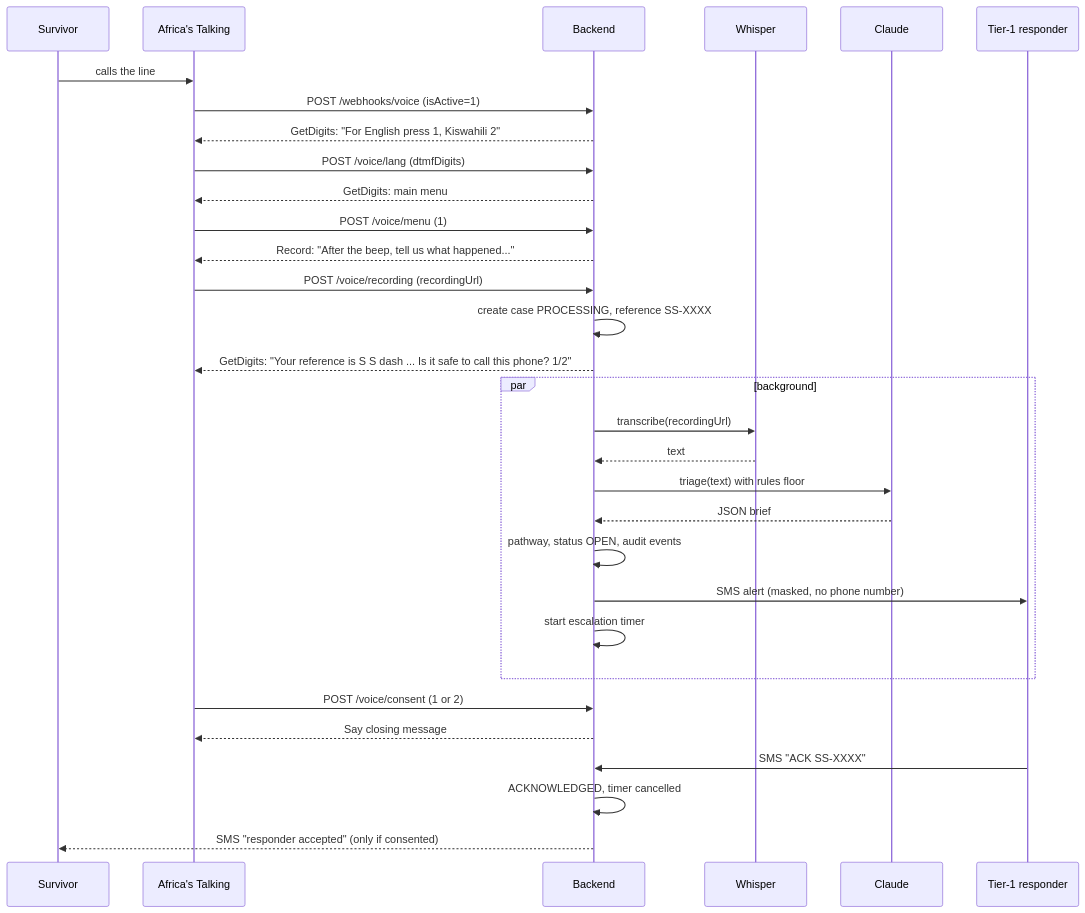
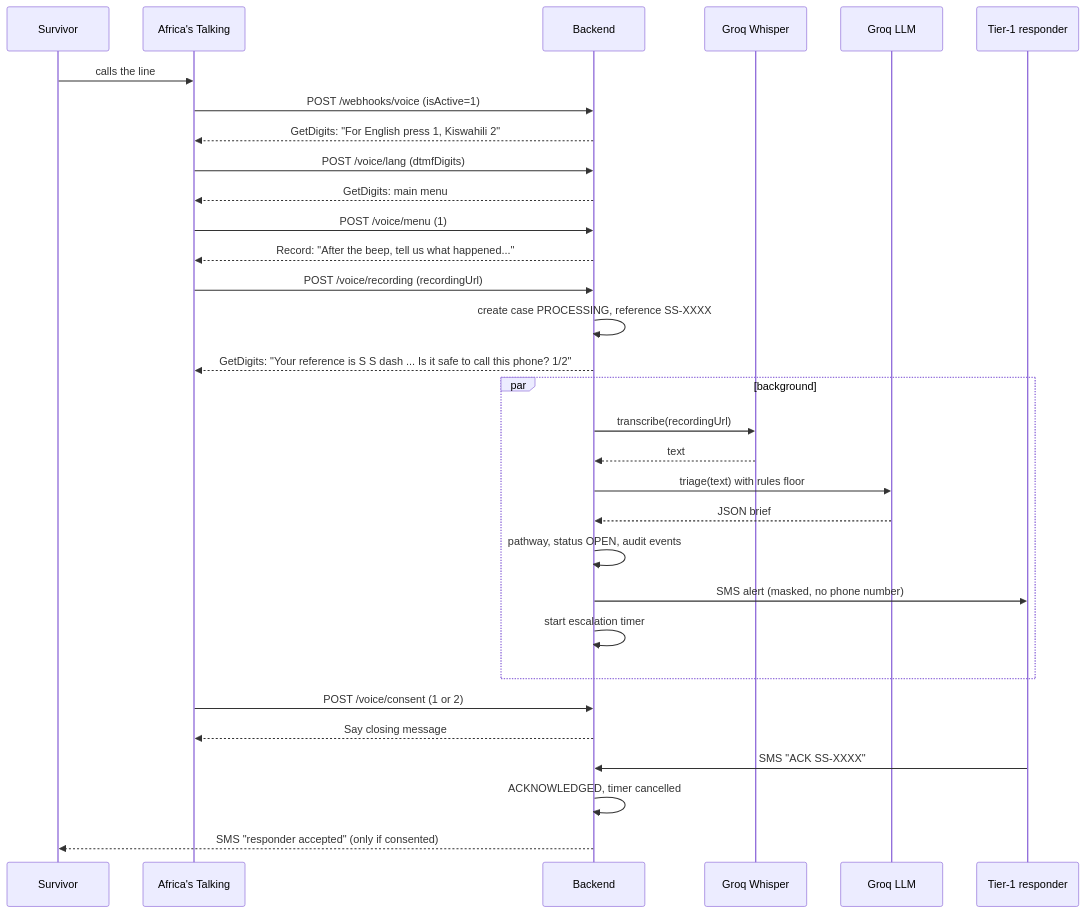
The second of 6 diagrams in docs/ARCHITECTURE.md (swiftkimani/sauti-salama), drawn with Mermaid before and after one commit. The commit also changed other lines of this file and 25 other files, not shown here.

````diff
--- a/docs/ARCHITECTURE.md
+++ b/docs/ARCHITECTURE.md
@@ -39,33 +39,33 @@
 ```mermaid
 sequenceDiagram
   participant S as Survivor
   participant AT as Africa's Talking
   participant B as Backend
-  participant W as Whisper
-  participant C as Claude
+  participant W as Groq Whisper
+  participant C as Groq LLM
   participant R as Tier-1 responder
   S->>AT: calls the line
   AT->>B: POST /webhooks/voice (isActive=1)
   B-->>AT: GetDigits: "For English press 1, Kiswahili 2"
   AT->>B: POST /voice/lang (dtmfDigits)
   B-->>AT: GetDigits: main menu
   AT->>B: POST /voice/menu (1)
   B-->>AT: Record: "After the beep, tell us what happened..."
   AT->>B: POST /voice/recording (recordingUrl)
   B->>B: create case PROCESSING, reference SS-XXXX
   B-->>AT: GetDigits: "Your reference is S S dash ... Is it safe to call this phone? 1/2"
   par background
     B->>W: transcribe(recordingUrl)
     W-->>B: text
     B->>C: triage(text) with rules floor
     C-->>B: JSON brief
     B->>B: pathway, status OPEN, audit events
     B->>R: SMS alert (masked, no phone number)
     B->>B: start escalation timer
   end
   AT->>B: POST /voice/consent (1 or 2)
   B-->>AT: Say closing message
   R->>B: SMS "ACK SS-XXXX"
   B->>B: ACKNOWLEDGED, timer cancelled
   B-->>S: SMS "responder accepted" (only if consented)
 ```
````
